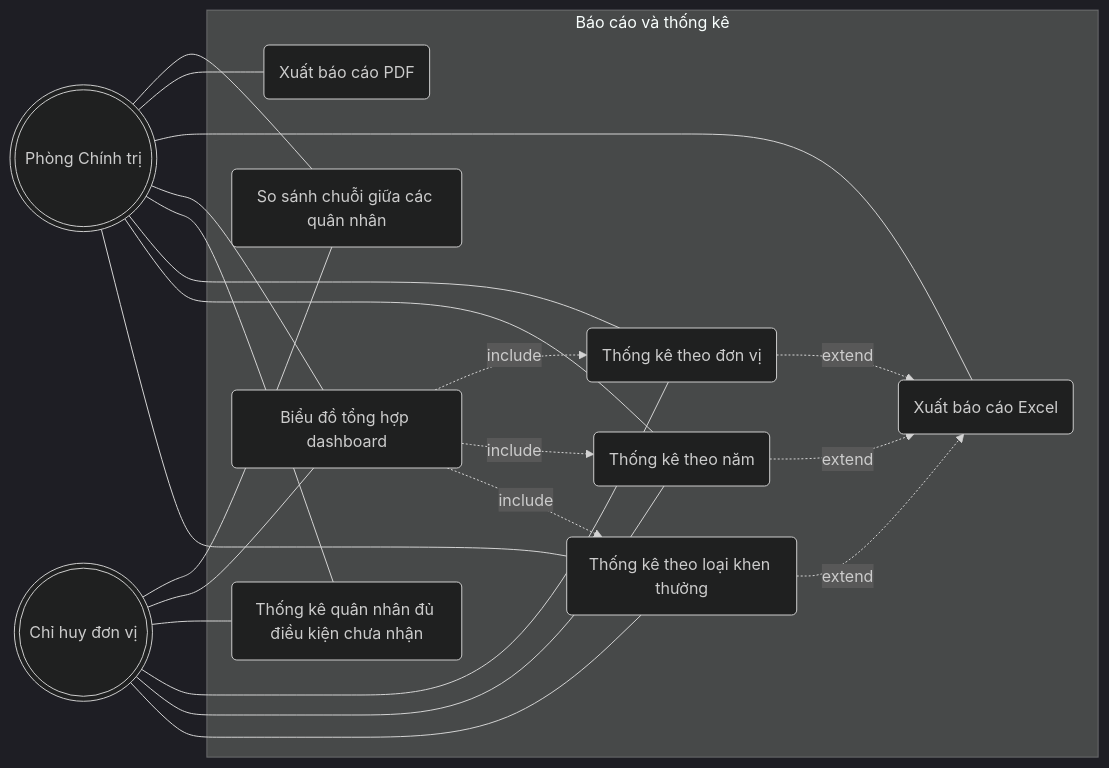
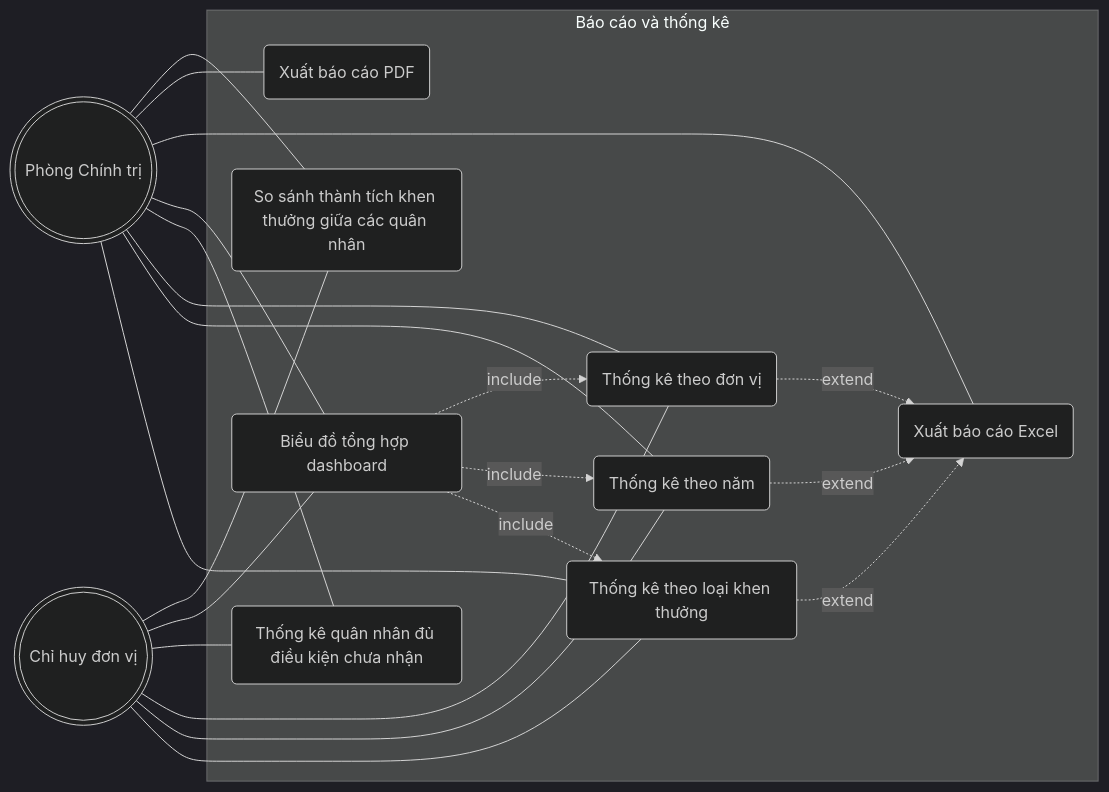
Before and after one commit to tranducbk/DATN_PM_QLKT: diagram 15 of 15 in docs/diagrams/01-use-case.md, drawn with Mermaid (dark theme). The commit also changed other lines of this file and 29 other files, not shown here.

First line of the commit message:
Update CLAUDE.md with additional validation rules and introduce new database schema

````diff
--- a/docs/diagrams/01-use-case.md
+++ b/docs/diagrams/01-use-case.md
@@ -782,39 +784,39 @@
 ```mermaid
 flowchart LR
     AD(((Phòng Chính trị)))
     MG(((Chỉ huy đơn vị)))
 
     subgraph SYS[Báo cáo và thống kê]
         UC1(Thống kê theo loại khen thưởng)
         UC2(Thống kê theo năm)
         UC3(Thống kê theo đơn vị)
         UC4(Thống kê quân nhân đủ điều kiện chưa nhận)
         UC5(Biểu đồ tổng hợp dashboard)
         UC6(Xuất báo cáo Excel)
         UC7(Xuất báo cáo PDF)
-        UC8(So sánh chuỗi giữa các quân nhân)
+        UC8(So sánh thành tích khen thưởng giữa các quân nhân)
 
         UC5 -.->|include| UC1
         UC5 -.->|include| UC2
         UC5 -.->|include| UC3
         UC1 -.->|extend| UC6
         UC2 -.->|extend| UC6
         UC3 -.->|extend| UC6
     end
 
     AD --- UC1
     AD --- UC2
     AD --- UC3
     AD --- UC4
     AD --- UC5
     AD --- UC6
     AD --- UC7
     AD --- UC8
 
     MG --- UC1
     MG --- UC2
     MG --- UC3
     MG --- UC4
     MG --- UC5
     MG --- UC8
 ```
````
